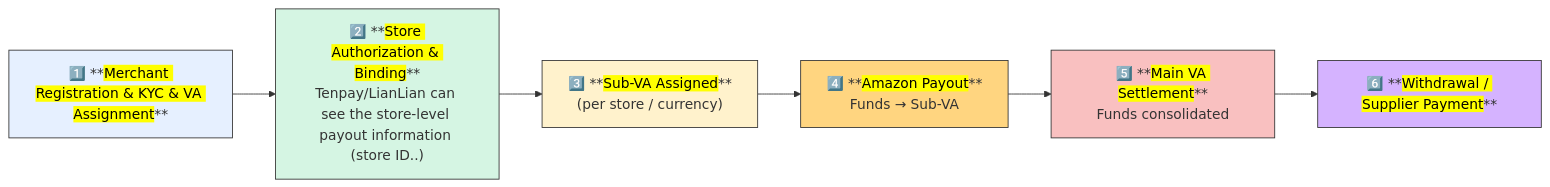
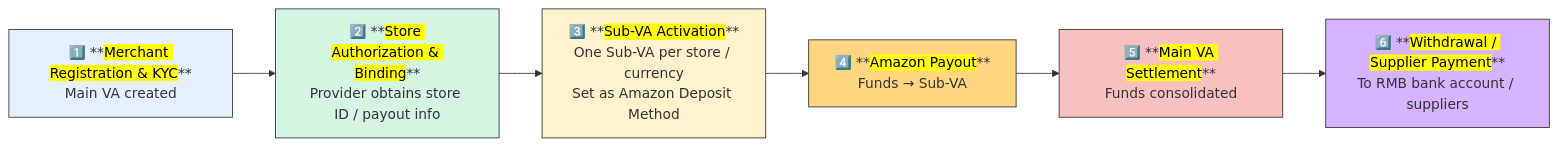
One commit to blaire101/data-warehouse-solutions changed the second of 3 diagrams in DW-Built-Amazon.md. Above: the diagram before and after it, drawn with Mermaid.

````diff
--- a/DW-Built-Amazon.md
+++ b/DW-Built-Amazon.md
@@ -76,18 +76,18 @@
 ```mermaid
 flowchart LR
-    A["1️⃣ **<mark>Merchant Registration & KYC & VA Assignment</mark>**"]:::step1
-    B["2️⃣ **<mark>Store Authorization & Binding</mark>**<br>Tenpay/LianLian can see the store-level payout information (store ID..) "]:::step2
-    C["3️⃣ **<mark>Sub-VA Assigned</mark>**<br>(per store / currency)"]:::step3
+    A["1️⃣ **<mark>Merchant Registration & KYC</mark>**<br>Main VA created"]:::step1
+    B["2️⃣ **<mark>Store Authorization & Binding</mark>**<br>Provider obtains store ID / payout info"]:::step2
+    C["3️⃣ **<mark>Sub-VA Activation</mark>**<br>One Sub-VA per store / currency<br>Set as Amazon Deposit Method"]:::step3
     D["4️⃣ **<mark>Amazon Payout</mark>**<br>Funds → Sub-VA"]:::step4
     E["5️⃣ **<mark>Main VA Settlement</mark>**<br>Funds consolidated"]:::step5
-    F["6️⃣ **<mark>Withdrawal / Supplier Payment</mark>**"]:::step6
+    F["6️⃣ **<mark>Withdrawal / Supplier Payment</mark>**<br>To RMB bank account / suppliers"]:::step6
 
     A --> B --> C --> D --> E --> F
 
     classDef step1 fill:#e6f0ff,stroke:#333;
     classDef step2 fill:#d5f5e3,stroke:#333;
     classDef step3 fill:#fff2cc,stroke:#333;
     classDef step4 fill:#ffd580,stroke:#333;
     classDef step5 fill:#f9c0c0,stroke:#333;
     classDef step6 fill:#d5b3ff,stroke:#333;
 ```
````
